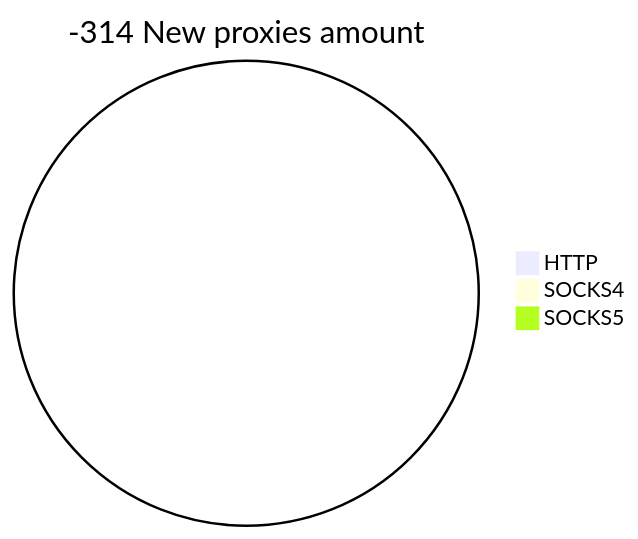
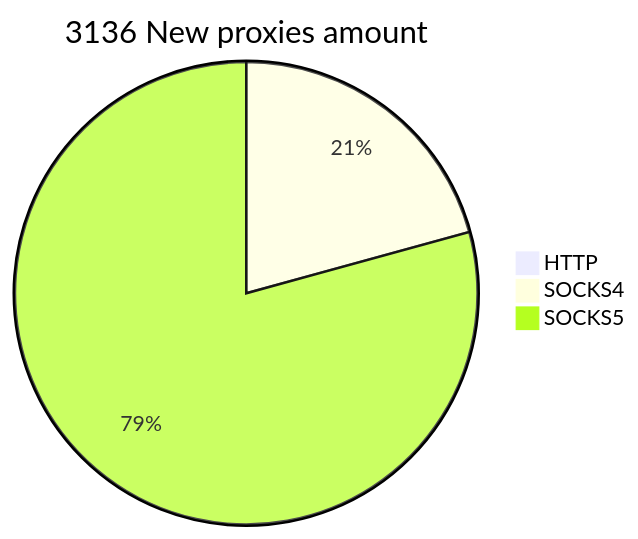
The second of 2 diagrams in README.md (cutipu/proxylist), drawn with Mermaid before and after one commit. The commit also changed other lines of this file, not shown here.

````diff
--- a/README.md
+++ b/README.md
@@ -10,6 +10,6 @@
 ```mermaid
-pie title -314 New proxies amount
-    "HTTP" : 0
-    "SOCKS4" : 0
-    "SOCKS5" : 0
+pie title 3136 New proxies amount
+    "HTTP" : 25
+    "SOCKS4" : 645
+    "SOCKS5" : 2466
 ```
````
